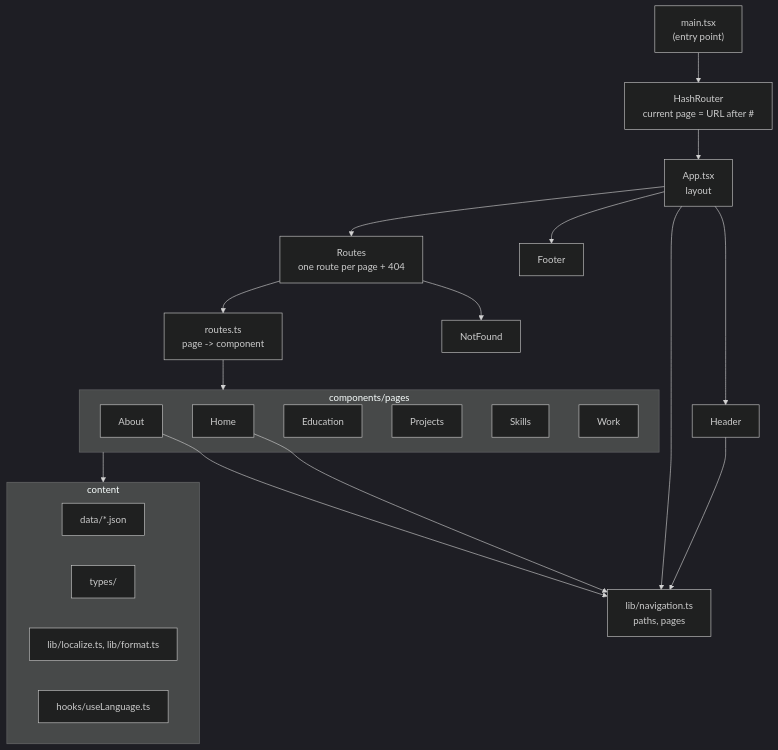
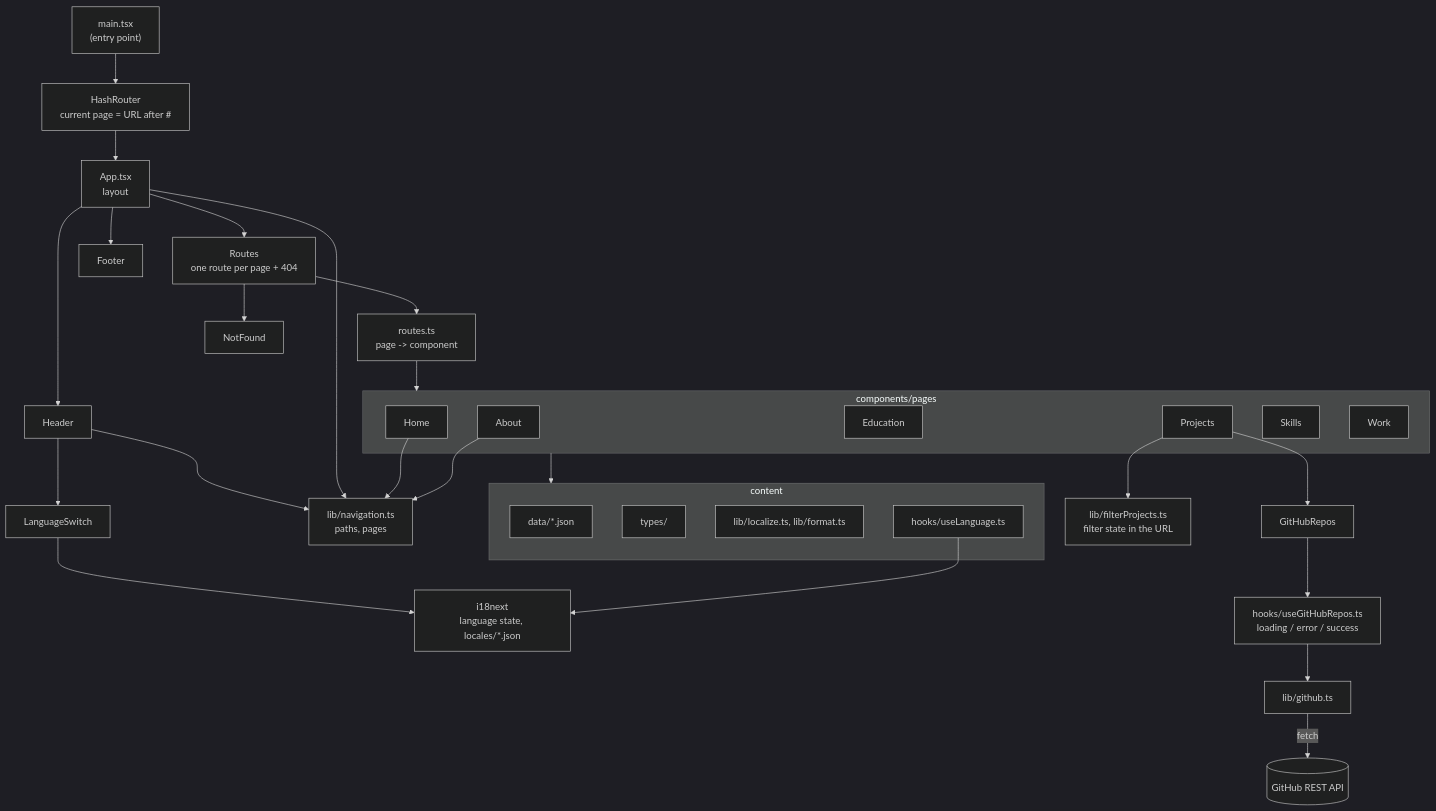
Before and after one commit to christofmitf/portfolio: the first of 2 diagrams in README.md, drawn with Mermaid (dark theme). The commit also changed other lines of this file and 12 other files, not shown here.

Commit message:
Load public repos from GitHub API

````diff
--- a/README.md
+++ b/README.md
@@ -152,32 +152,40 @@
 ```mermaid
 flowchart TD
     main["main.tsx<br/>(entry point)"] --> Router["HashRouter<br/>current page = URL after #"]
     Router --> App["App.tsx<br/>layout"]
     App --> Header
     App --> Routes["Routes<br/>one route per page + 404"]
     App --> Footer
     routes["routes.ts<br/>page -> component"]
     nav["lib/navigation.ts<br/>paths, pages"]
     Routes --> routes
     routes --> Pages
     Routes --> NotFound
     subgraph Pages ["components/pages"]
         Home
         About
         Education
         Projects
         Skills
         Work
     end
     Header --> nav
     App --> nav
     Home --> nav
     About --> nav
     Pages --> content
     subgraph content ["content"]
         data["data/*.json"]
         types["types/"]
         lib["lib/localize.ts, lib/format.ts"]
         hook["hooks/useLanguage.ts"]
     end
+    Header --> Switch["LanguageSwitch"]
+    Switch --> i18n["i18next<br/>language state, locales/*.json"]
+    hook --> i18n
+    Projects --> filter["lib/filterProjects.ts<br/>filter state in the URL"]
+    Projects --> Repos["GitHubRepos"]
+    Repos --> reposHook["hooks/useGitHubRepos.ts<br/>loading / error / success"]
+    reposHook --> github["lib/github.ts"]
+    github -->|fetch| api[("GitHub REST API")]
 ```
````
